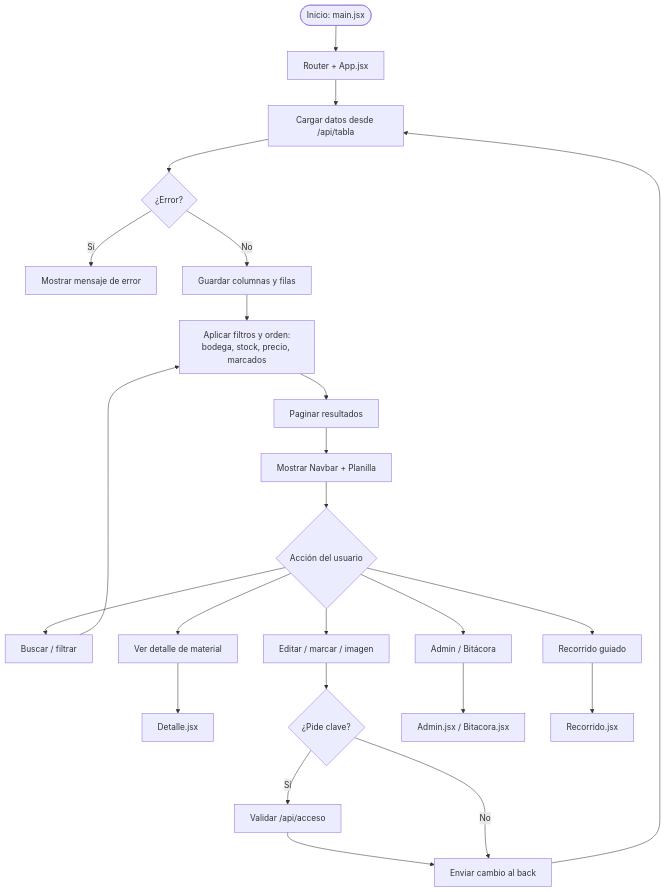
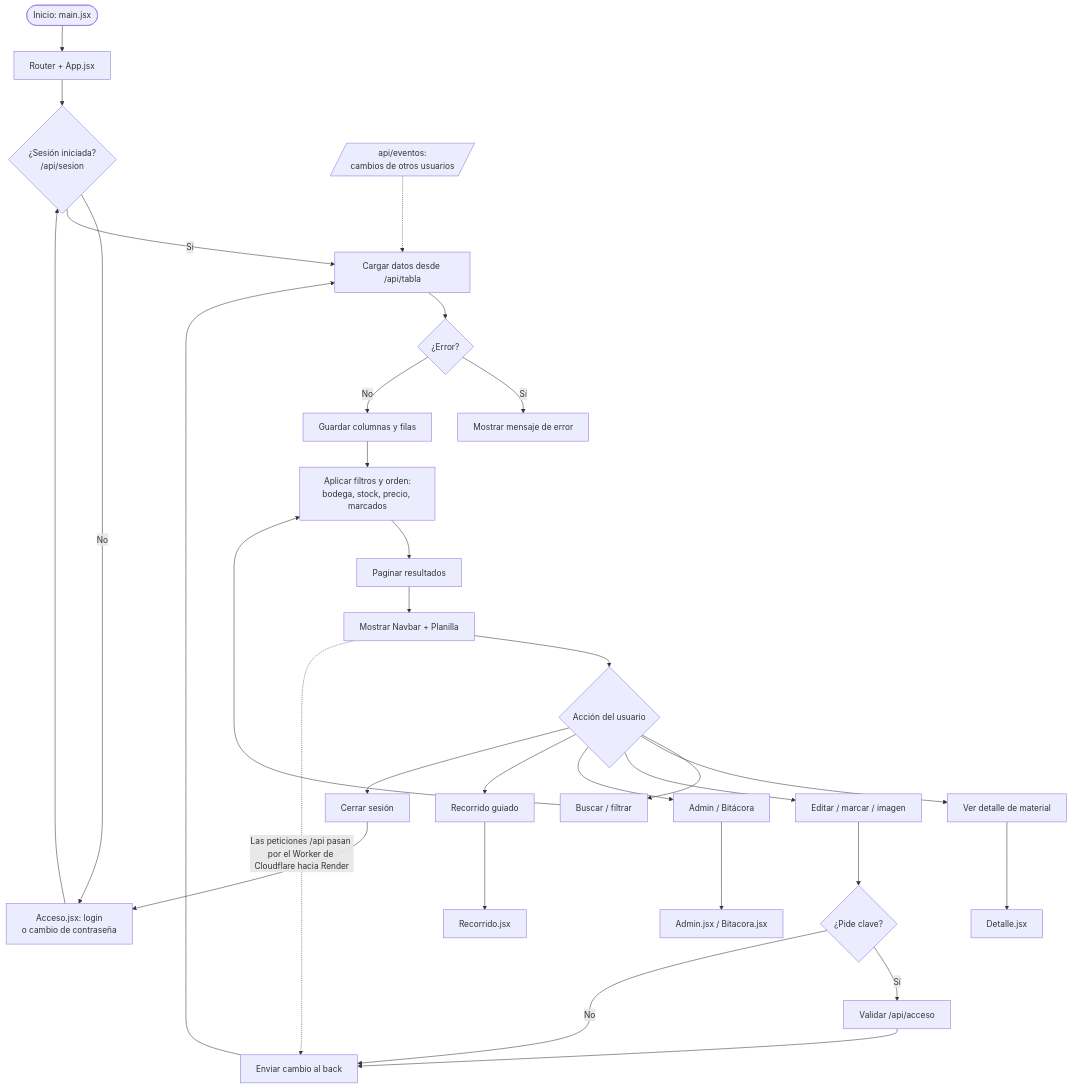
Before and after one commit to AniMuoz/Practica-2: the diagram in prog2/web/Diagrama programa web/diagrama.md, drawn with Mermaid. The commit also changed 3 other files, not shown here.

````diff
--- a/prog2/web/Diagrama programa web/diagrama.md
+++ b/prog2/web/Diagrama programa web/diagrama.md
@@ -3,21 +3,27 @@
 ```mermaid
 flowchart TD
     A([Inicio: main.jsx]) --> B[Router + App.jsx]
-    B --> C[Cargar datos desde /api/tabla]
+    B --> AC{¿Sesión iniciada?<br/>/api/sesion}
+    AC -- No --> LG[Acceso.jsx: login<br/>o cambio de contraseña]
+    LG --> AC
+    AC -- Sí --> C[Cargar datos desde /api/tabla]
     C --> D{¿Error?}
     D -- Sí --> E[Mostrar mensaje de error]
     D -- No --> F[Guardar columnas y filas]
     F --> G[Aplicar filtros y orden:<br/>bodega, stock, precio, marcados]
     G --> H[Paginar resultados]
     H --> I[Mostrar Navbar + Planilla]
     I --> J{Acción del usuario}
     J --> K[Buscar / filtrar] --> G
     J --> L[Ver detalle de material] --> M[Detalle.jsx]
     J --> N[Editar / marcar / imagen] --> O{¿Pide clave?}
     O -- Sí --> P[Validar /api/acceso]
     P --> Q[Enviar cambio al back]
     O -- No --> Q
     Q --> C
     J --> R[Admin / Bitácora] --> S[Admin.jsx / Bitacora.jsx]
     J --> T[Recorrido guiado] --> U[Recorrido.jsx]
+    J --> X[Cerrar sesión] --> LG
+    EV[/api/eventos:<br/>cambios de otros usuarios/] -.-> C
+    I -. Las peticiones /api pasan por el Worker de Cloudflare hacia Render .-> Q
 ```
````
